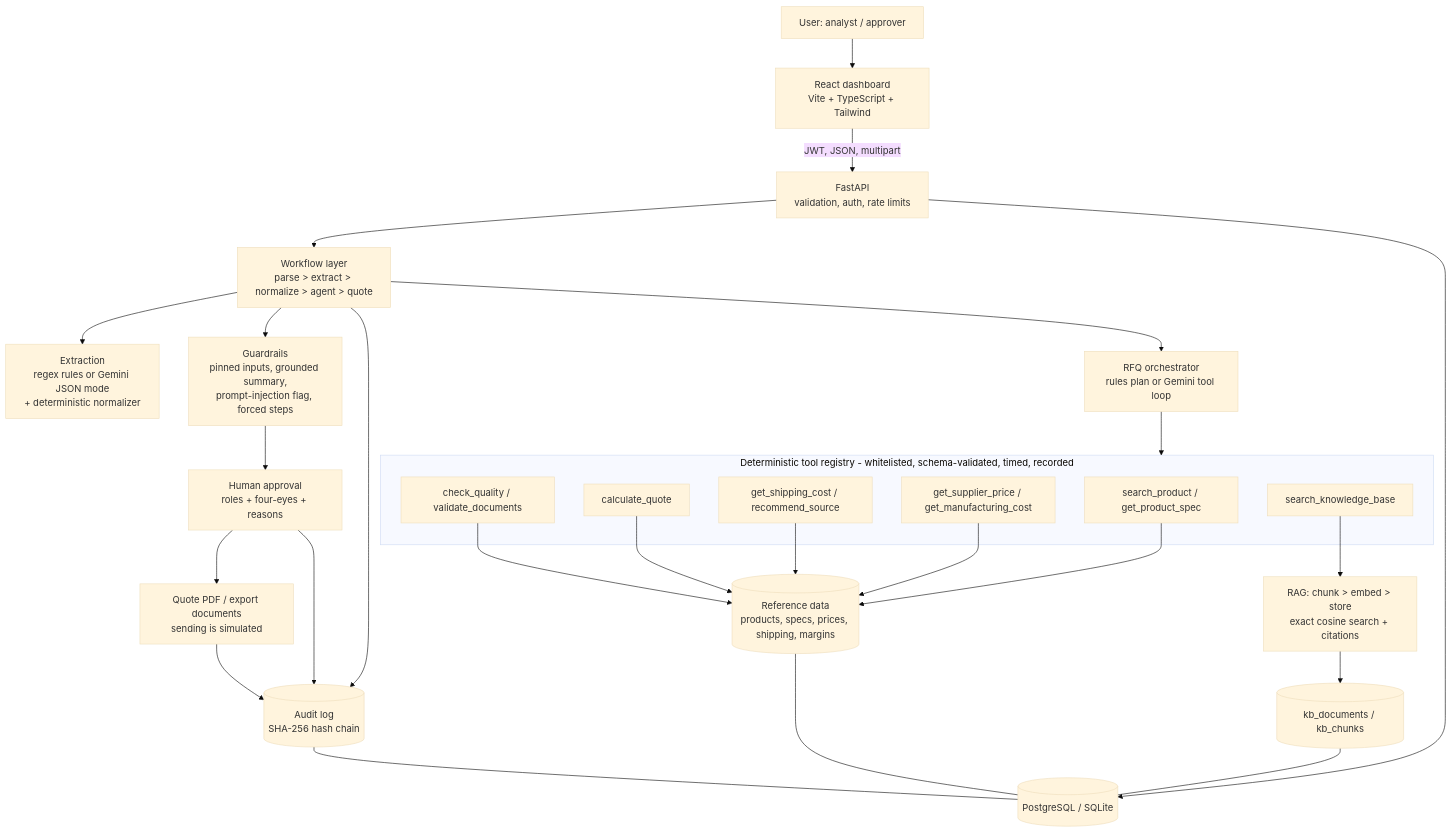
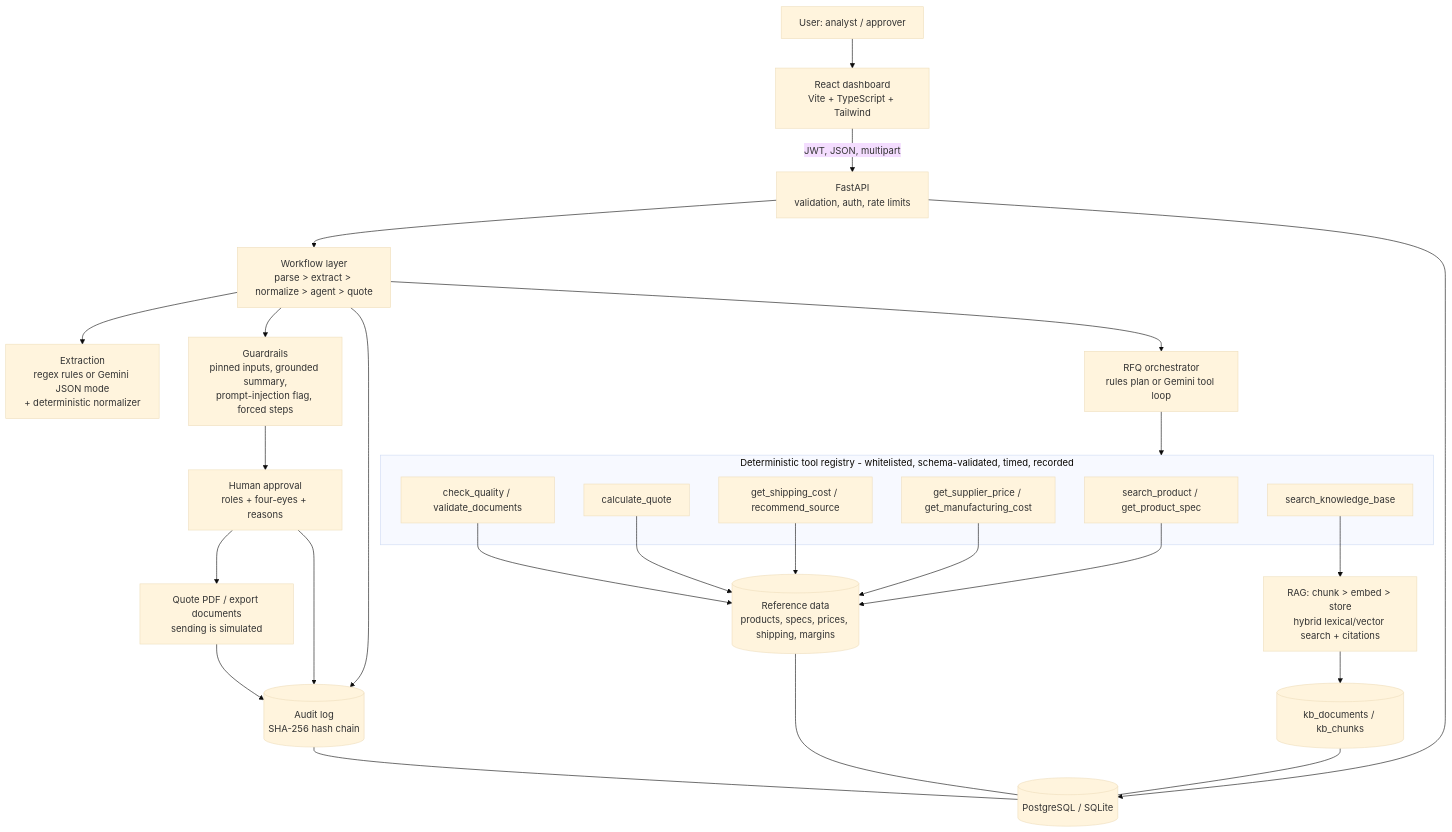
The diagram in docs/ARCHITECTURE.md (itsayushnst13/opspilot), drawn with Mermaid (base theme) before and after one commit. The commit also changed other lines of this file, not shown here.

Commit message:
Update architecture documentation for hybrid retrieval

````diff
--- a/docs/ARCHITECTURE.md
+++ b/docs/ARCHITECTURE.md
@@ -3,28 +3,28 @@
 ```mermaid
 flowchart TD
     U[User: analyst / approver] --> UI[React dashboard<br/>Vite + TypeScript + Tailwind]
     UI -->|JWT, JSON, multipart| API[FastAPI<br/>validation, auth, rate limits]
     API --> WF[Workflow layer<br/>parse > extract > normalize > agent > quote]
     WF --> EXT[Extraction<br/>regex rules or Gemini JSON mode<br/>+ deterministic normalizer]
     WF --> AG[RFQ orchestrator<br/>rules plan or Gemini tool loop]
     AG --> TOOLS
     subgraph TOOLS[Deterministic tool registry - whitelisted, schema-validated, timed, recorded]
       T1[search_product / get_product_spec]
       T2[get_supplier_price / get_manufacturing_cost]
       T3[get_shipping_cost / recommend_source]
       T4[calculate_quote]
       T5[search_knowledge_base]
       T6[check_quality / validate_documents]
     end
-    T5 --> RAG[RAG: chunk > embed > store<br/>exact cosine search + citations]
+    T5 --> RAG[RAG: chunk > embed > store<br/>hybrid lexical/vector search + citations]
     RAG --> KB[(kb_documents / kb_chunks)]
     T1 & T2 & T3 & T4 & T6 --> REF[(Reference data<br/>products, specs, prices, shipping, margins)]
     WF --> GUARD[Guardrails<br/>pinned inputs, grounded summary,<br/>prompt-injection flag, forced steps]
     GUARD --> HITL[Human approval<br/>roles + four-eyes + reasons]
     HITL --> OUT[Quote PDF / export documents<br/>sending is simulated]
     WF & HITL & OUT --> AUD[(Audit log<br/>SHA-256 hash chain)]
     API --> DB[(PostgreSQL / SQLite)]
     KB --- DB
     REF --- DB
     AUD --- DB
 ```
````
